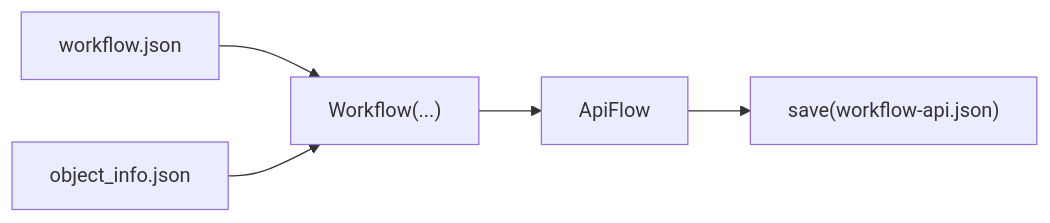
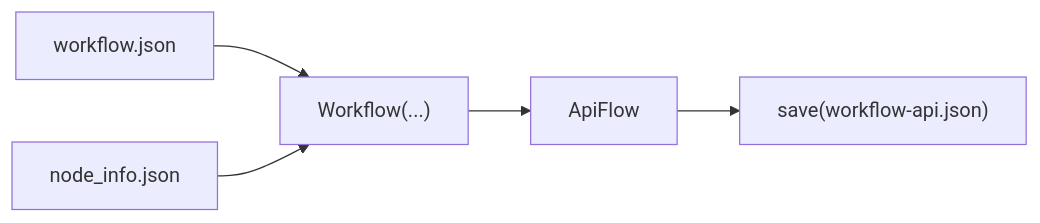
The fifth of 6 diagrams in README.md (chrisdreid/comfyui-autoflow), drawn with Mermaid before and after one commit. The commit also changed other lines of this file and 53 other files, not shown here.

Commit message:
Major update on dot.accessors and renamed object_info to node_info

````diff
--- a/README.md
+++ b/README.md
@@ -161,7 +161,7 @@
 ```mermaid
 flowchart LR
   workflowJson["workflow.json"] --> wf["Workflow(...)"]
-  objectInfo["object_info.json"] --> wf
+  objectInfo["node_info.json"] --> wf
   wf --> apiFlow["ApiFlow"]
   apiFlow --> saveApi["save(workflow-api.json)"]
 ```
````
